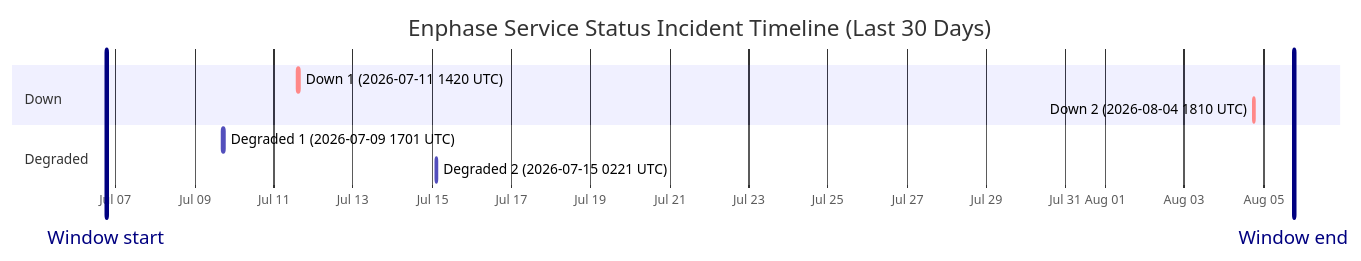
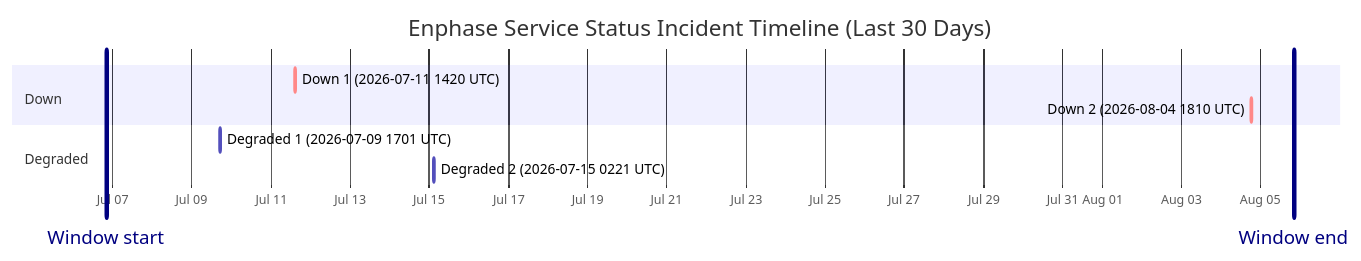
Before and after one commit to barneyonline/ha-enphase-energy: the diagram in wiki/Service-Status-History.md, drawn with Mermaid. The commit also changed other lines of this file and 3 other files, not shown here.

````diff
--- a/wiki/Service-Status-History.md
+++ b/wiki/Service-Status-History.md
@@ -14,14 +14,14 @@
 ```mermaid
 gantt
     title Enphase Service Status Incident Timeline (Last 30 Days)
     dateFormat  YYYY-MM-DDTHH:mm:ss
     axisFormat  %b %d
-    Window start :vert, window-start, 2026-07-06T18:20:28, 0ms
-    Window end :vert, window-end, 2026-08-05T18:20:28, 0ms
+    Window start :vert, window-start, 2026-07-06T20:06:58, 0ms
+    Window end :vert, window-end, 2026-08-05T20:06:58, 0ms
     section Down
     Down 1 (2026-07-11 1420 UTC) :crit, down-1, 2026-07-11T14:20:54, 69m
     Down 2 (2026-08-04 1810 UTC) :crit, down-2, 2026-08-04T18:10:46, 60m
     section Degraded
     Degraded 1 (2026-07-09 1701 UTC) :active, degraded-1, 2026-07-09T17:01:02, 60m
     Degraded 2 (2026-07-15 0221 UTC) :active, degraded-2, 2026-07-15T02:21:35, 60m
 ```
````
